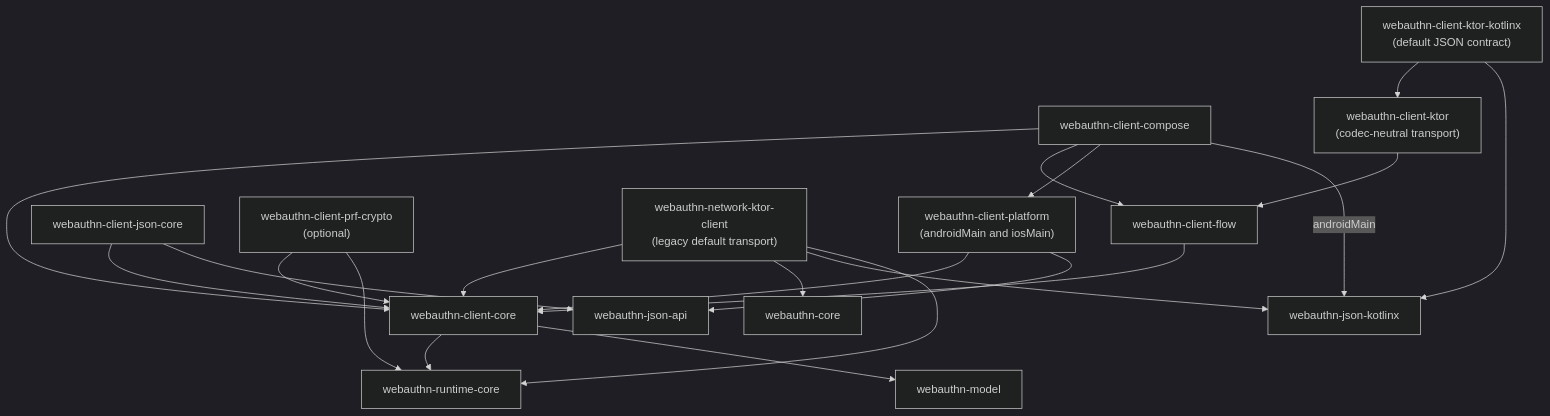
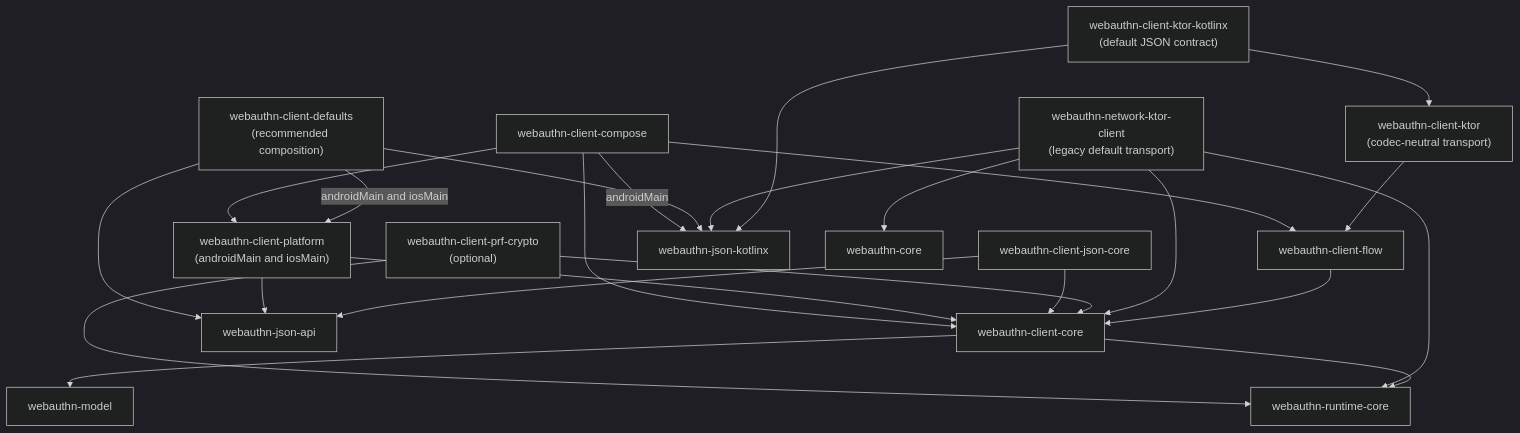
One commit to szijpeter/webauthn-kotlin-multiplatform changed the third of 4 diagrams in docs/architecture.md. Above: the diagram before and after it, drawn with Mermaid (dark theme). The commit also changed other lines of this file and 29 other files, not shown here.

Commit message:
feat(client): add replaceable default composition

````diff
--- a/docs/architecture.md
+++ b/docs/architecture.md
@@ -91,46 +91,51 @@
 ```mermaid
 flowchart TB
     COMPOSE["webauthn-client-compose"]
     PLATFORM["webauthn-client-platform<br/>(androidMain and iosMain)"]
     JSON["webauthn-client-json-core"]
     PRF["webauthn-client-prf-crypto<br/>(optional)"]
+    DEFAULTS["webauthn-client-defaults<br/>(recommended composition)"]
     KTOR_KOTLINX["webauthn-client-ktor-kotlinx<br/>(default JSON contract)"]
     KTOR["webauthn-client-ktor<br/>(codec-neutral transport)"]
     NETWORK["webauthn-network-ktor-client<br/>(legacy default transport)"]
     FLOW["webauthn-client-flow"]
     CLIENT_CORE["webauthn-client-core"]
     JSON_API["webauthn-json-api"]
     JSON_KOTLINX["webauthn-json-kotlinx"]
     CORE["webauthn-core"]
     RUNTIME["webauthn-runtime-core"]
     MODEL["webauthn-model"]
 
     COMPOSE --> CLIENT_CORE
     COMPOSE --> FLOW
     COMPOSE --> PLATFORM
     COMPOSE -->|androidMain| JSON_KOTLINX
+
+    DEFAULTS -->|androidMain and iosMain| PLATFORM
+    DEFAULTS --> JSON_API
+    DEFAULTS --> JSON_KOTLINX
 
     PLATFORM --> CLIENT_CORE
     PLATFORM --> JSON_API
 
     JSON --> CLIENT_CORE
     JSON --> JSON_API
 
     PRF --> CLIENT_CORE
     PRF --> RUNTIME
 
     NETWORK --> CLIENT_CORE
     NETWORK --> CORE
     NETWORK --> JSON_KOTLINX
     NETWORK --> RUNTIME
 
     KTOR_KOTLINX --> KTOR
     KTOR_KOTLINX --> JSON_KOTLINX
 
     KTOR --> FLOW
 
     FLOW --> CLIENT_CORE
 
     CLIENT_CORE --> RUNTIME
     CLIENT_CORE --> MODEL
 ```
````
